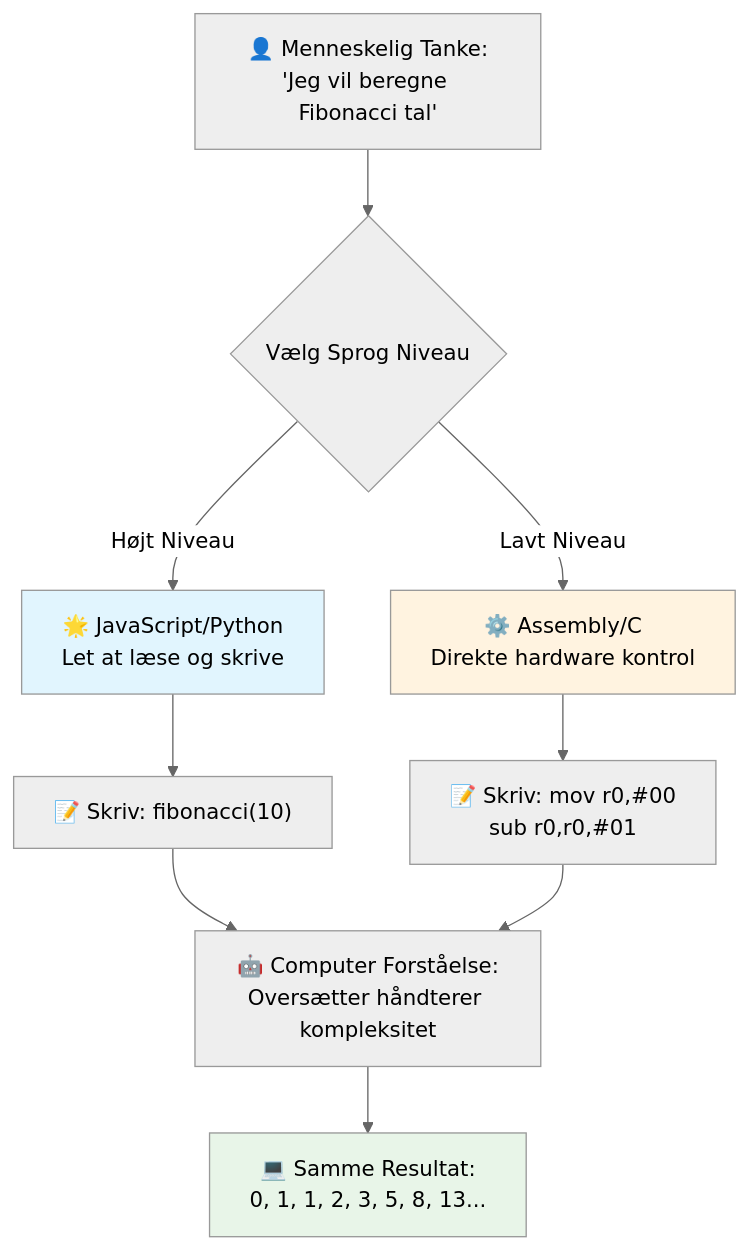
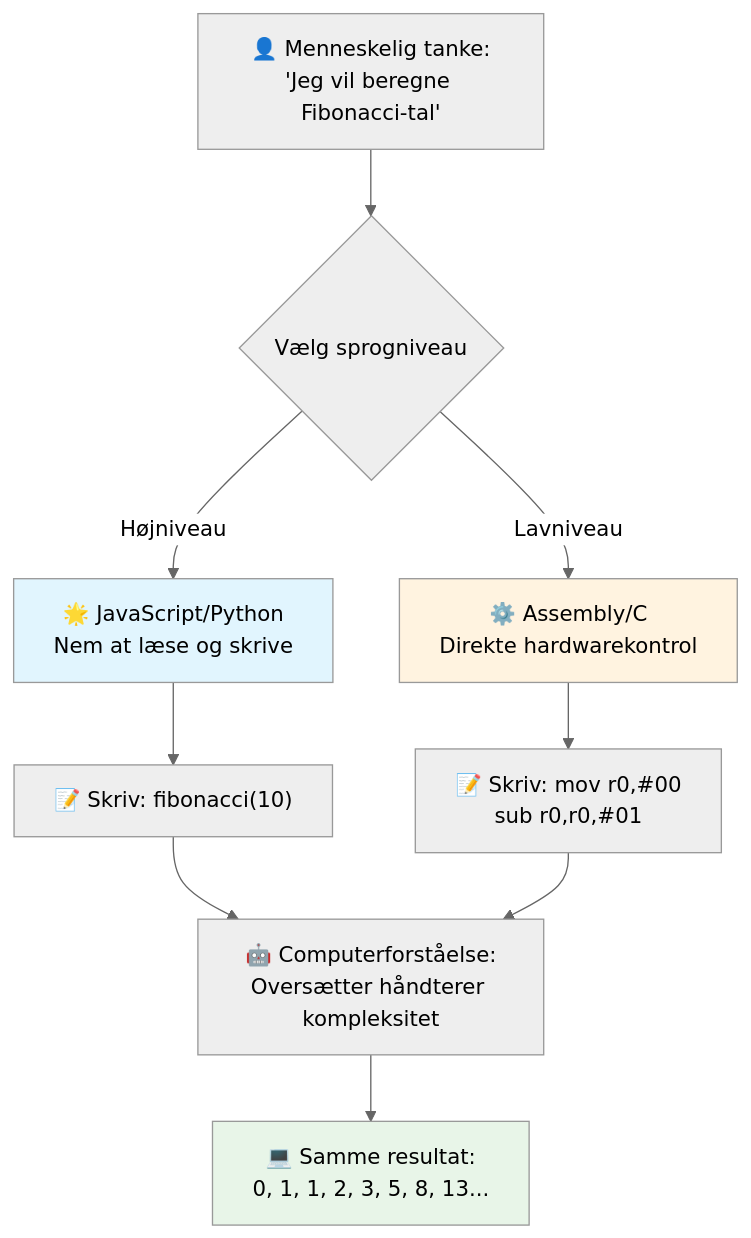
The third of 7 diagrams in translations/da/1-getting-started-lessons/1-intro-to-programming-languages/README.md (microsoft/Web-Dev-For-Beginners), drawn with Mermaid (neutral theme) before and after one commit. The commit also changed other lines of this file and 11 other files, not shown here.

````diff
--- a/translations/da/1-getting-started-lessons/1-intro-to-programming-languages/README.md
+++ b/translations/da/1-getting-started-lessons/1-intro-to-programming-languages/README.md
@@ -148,19 +148,19 @@
 ```mermaid
 flowchart TB
-    A["👤 Menneskelig Tanke:<br/>'Jeg vil beregne Fibonacci tal'"] --> B{Vælg Sprog Niveau}
+    A["👤 Menneskelig tanke:<br/>'Jeg vil beregne Fibonacci-tal'"] --> B{Vælg sprogniveau}
     
-    B -->|Højt Niveau| C["🌟 JavaScript/Python<br/>Let at læse og skrive"]
-    B -->|Lavt Niveau| D["⚙️ Assembly/C<br/>Direkte hardware kontrol"]
+    B -->|Højniveau| C["🌟 JavaScript/Python<br/>Nem at læse og skrive"]
+    B -->|Lavniveau| D["⚙️ Assembly/C<br/>Direkte hardwarekontrol"]
     
     C --> E["📝 Skriv: fibonacci(10)"]
     D --> F["📝 Skriv: mov r0,#00<br/>sub r0,r0,#01"]
     
-    E --> G["🤖 Computer Forståelse:<br/>Oversætter håndterer kompleksitet"]
+    E --> G["🤖 Computerforståelse:<br/>Oversætter håndterer kompleksitet"]
     F --> G
     
-    G --> H["💻 Samme Resultat:<br/>0, 1, 1, 2, 3, 5, 8, 13..."]
+    G --> H["💻 Samme resultat:<br/>0, 1, 1, 2, 3, 5, 8, 13..."]
     
     style C fill:#e1f5fe
     style D fill:#fff3e0
     style H fill:#e8f5e8
 ```
````
